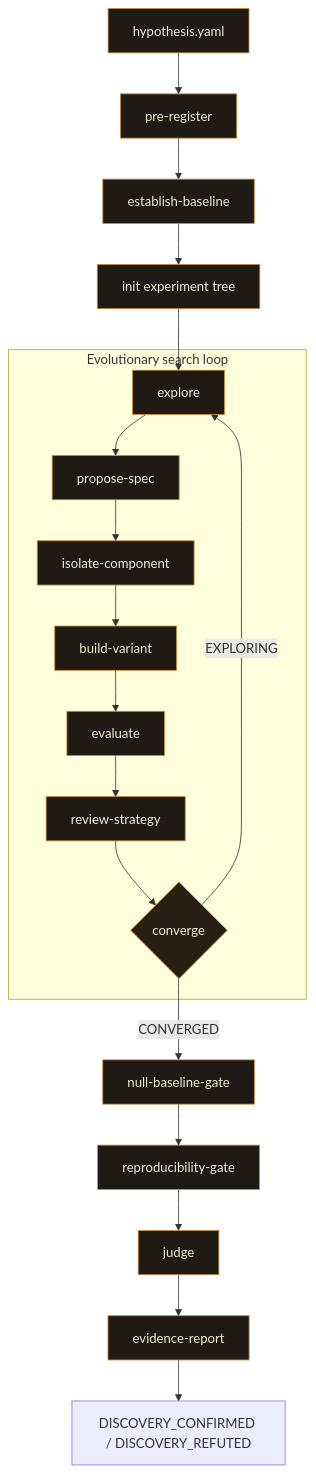
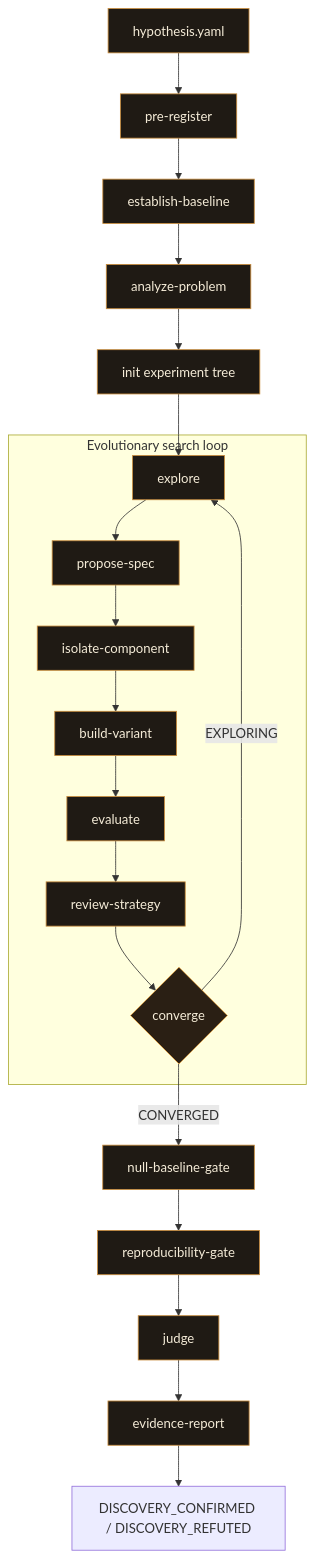
The diagram in README.md (Hook12aaa/auto-discover), drawn with Mermaid before and after one commit. The commit also changed other lines of this file and 47 other files, not shown here.

First line of the commit message:
Contract-first rearchitecture (v0.3.0)

````diff
--- a/README.md
+++ b/README.md
@@ -79,28 +75,29 @@
 ```mermaid
 flowchart TB
     H[hypothesis.yaml] --> PR[pre-register]
     PR --> BL[establish-baseline]
-    BL --> TREE[init experiment tree]
+    BL --> AP[analyze-problem]
+    AP --> TREE[init experiment tree]
 
     subgraph loop [Evolutionary search loop]
         EX[explore] --> PS[propose-spec]
         PS --> IC[isolate-component]
         IC --> BV[build-variant]
         BV --> EV[evaluate]
         EV --> RS[review-strategy]
         RS --> CV{converge}
     end
 
     TREE --> EX
     CV -->|EXPLORING| EX
     CV -->|CONVERGED| NB[null-baseline-gate]
     NB --> RP[reproducibility-gate]
     RP --> JD[judge]
     JD --> ER[evidence-report]
     ER --> V["DISCOVERY_CONFIRMED / DISCOVERY_REFUTED"]
 
     classDef stage fill:#1f1a14,stroke:#c98c3c,color:#f5ecd8;
     classDef decision fill:#2a1f14,stroke:#e8a94a,color:#f5ecd8;
-    class H,PR,BL,TREE,EX,PS,IC,BV,EV,RS,NB,RP,JD,ER stage;
+    class H,PR,BL,AP,TREE,EX,PS,IC,BV,EV,RS,NB,RP,JD,ER stage;
     class CV decision;
 ```
````
